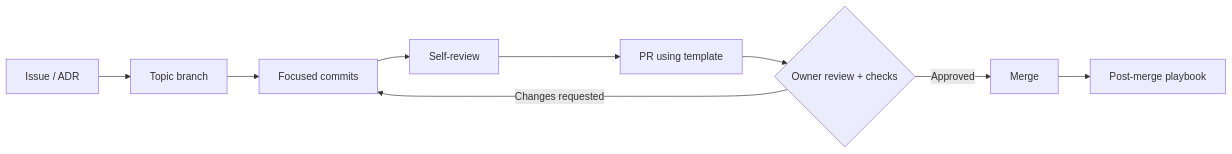
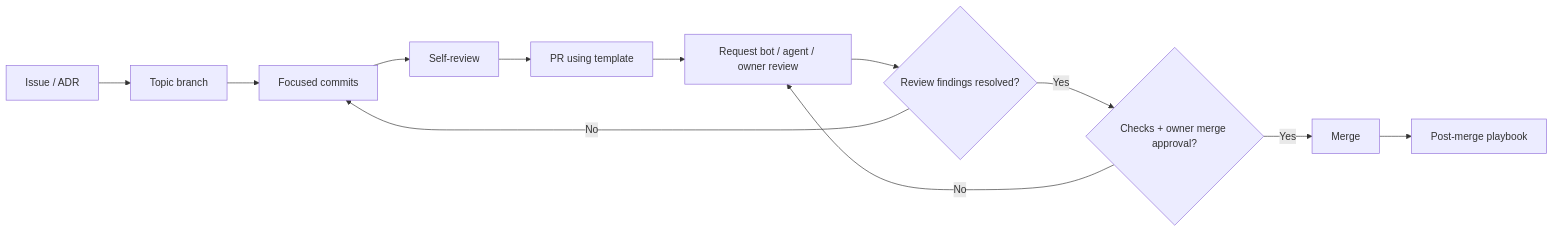
One commit to im-tnyx/Tio-Workspace changed the diagram in docs/11-PR-REVIEW-WORKFLOW.md. Above: the diagram before and after it, drawn with Mermaid. The commit also changed other lines of this file and 8 other files, not shown here.

First line of the commit message:
docs(review): strengthen AI agent instructions and PR review gate (#5)

````diff
--- a/docs/11-PR-REVIEW-WORKFLOW.md
+++ b/docs/11-PR-REVIEW-WORKFLOW.md
@@ -9,11 +9,14 @@
 ```mermaid
 flowchart LR
   A["Issue / ADR"] --> B["Topic branch"]
   B --> C["Focused commits"]
   C --> D["Self-review"]
   D --> E["PR using template"]
-  E --> F{"Owner review + checks"}
-  F -->|Changes requested| C
-  F -->|Approved| G["Merge"]
+  E --> F["Request bot / agent / owner review"]
+  F --> R{"Review findings resolved?"}
+  R -->|No| C
+  R -->|Yes| V{"Checks + owner merge approval?"}
+  V -->|No| F
+  V -->|Yes| G["Merge"]
   G --> H["Post-merge playbook"]
 ```
````
